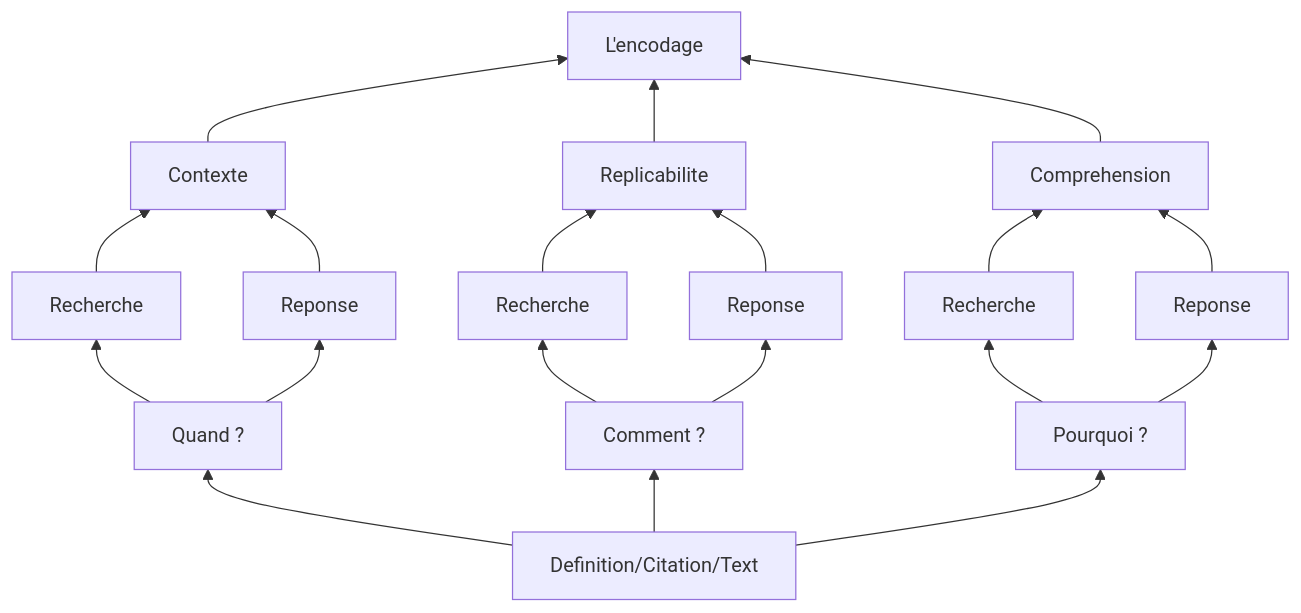
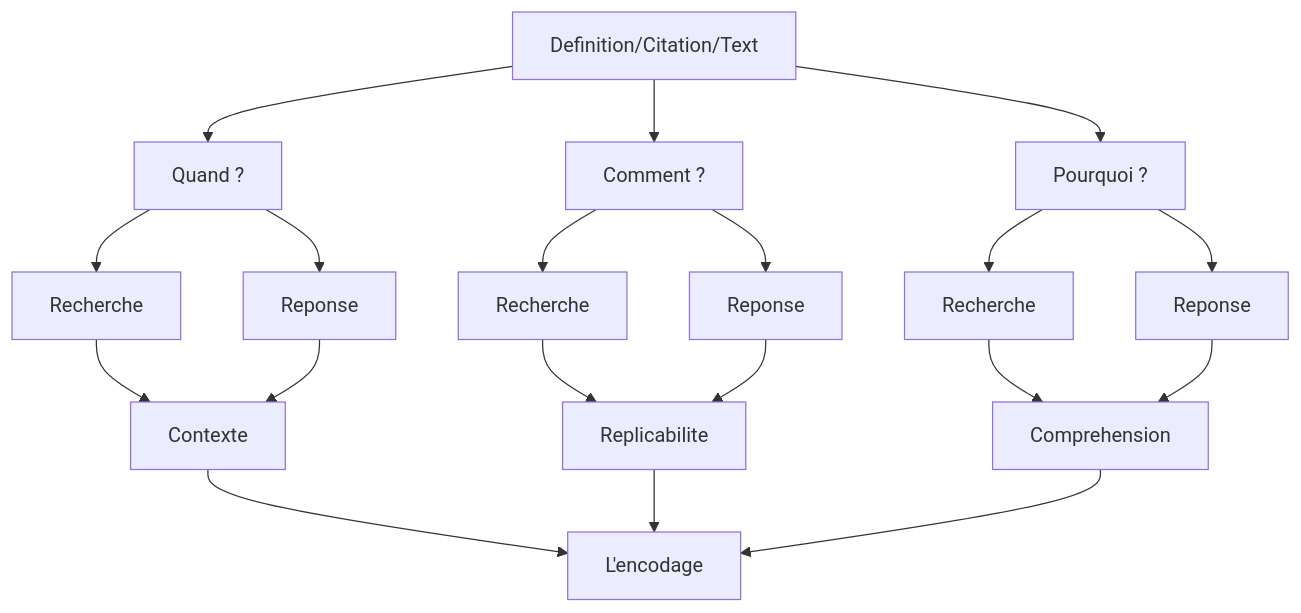
One commit to His0xkaa/blog changed the second of 2 diagrams in content/posts/1713281632734-test/index.md. Above: the diagram before and after it, drawn with Mermaid. The commit also changed other lines of this file and 39 other files, not shown here.

```diff
--- a/content/posts/1713281632734-test/index.md
+++ b/content/posts/1713281632734-test/index.md
@@ -70,17 +70,17 @@
 {{< mermaid >}}
-graph BT;
+graph TB;
 A[Definition/Citation/Text]-->B[Comment ?];
 B-->C[Recherche]
 B-->D[Reponse]
 C-->repl
 D-->repl[Replicabilite]
 A-->why[Pourquoi ?]
 why-->F[Recherche]
 why-->G[Reponse]
 F & G-->comp[Comprehension]
 A-->when[Quand ?]
 when-->H[Recherche]
 when-->I[Reponse]
 H & I -->cont[Contexte]
 cont & repl & comp --> enco[L'encodage]
 {{< /mermaid >}}
```
